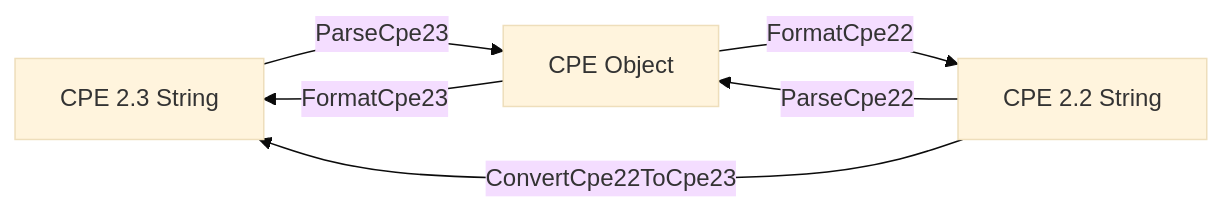
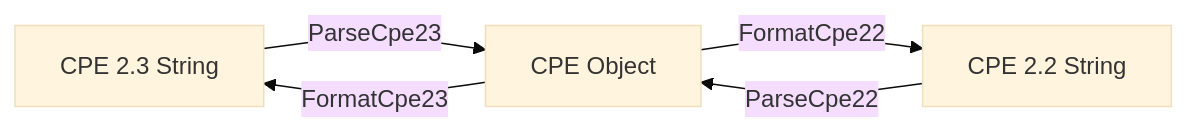
One commit to scagogogo/cpe-skills changed the diagram in website/en/api/parsing.md. Above: the diagram before and after it, drawn with Mermaid (base theme). The commit also changed other lines of this file and 18 other files, not shown here.

````diff
--- a/website/en/api/parsing.md
+++ b/website/en/api/parsing.md
@@ -7,11 +7,10 @@
 ```mermaid
 flowchart LR
     Str23["CPE 2.3 String"]
     Str22["CPE 2.2 String"]
     Obj["CPE Object"]
     Str23 -- "ParseCpe23" --> Obj
     Str22 -- "ParseCpe22" --> Obj
     Obj -- "FormatCpe23" --> Str23
     Obj -- "FormatCpe22" --> Str22
-    Str22 -- "ConvertCpe22ToCpe23" --> Str23
 ```
````
